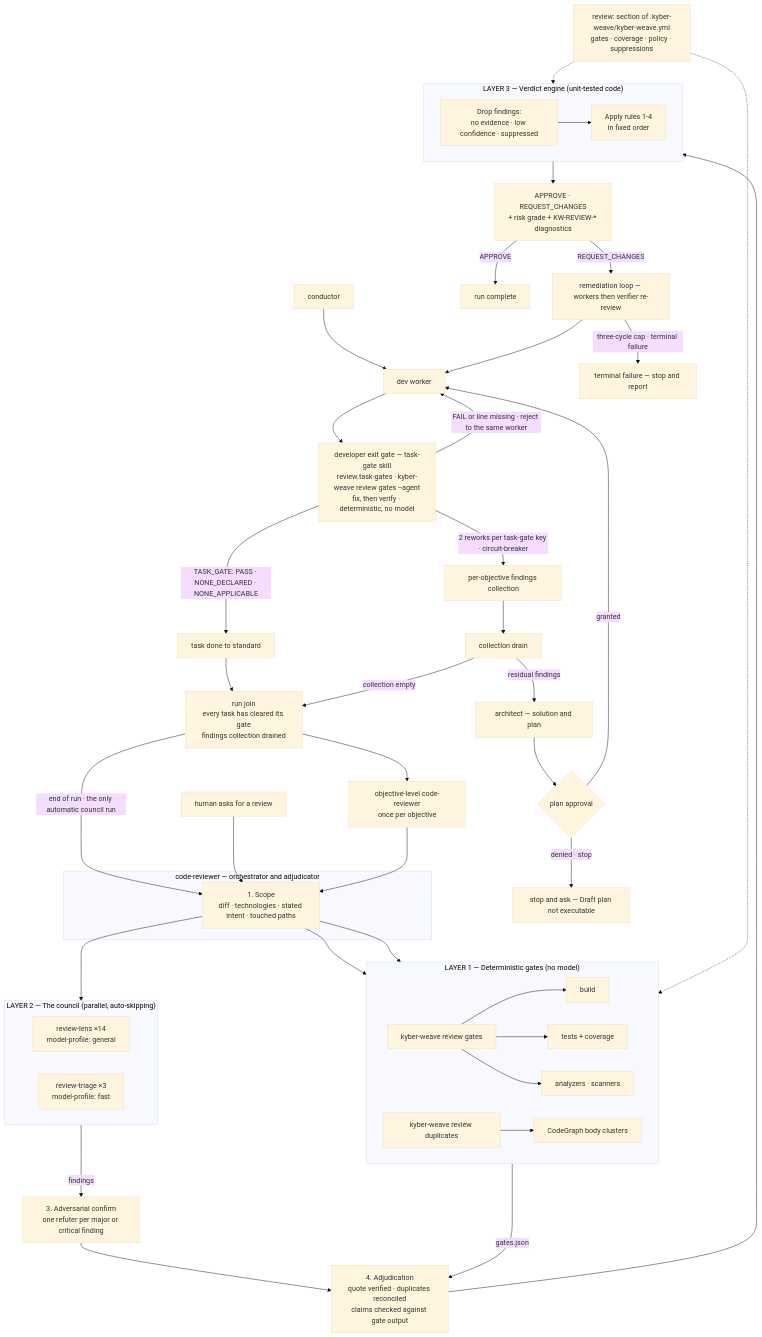
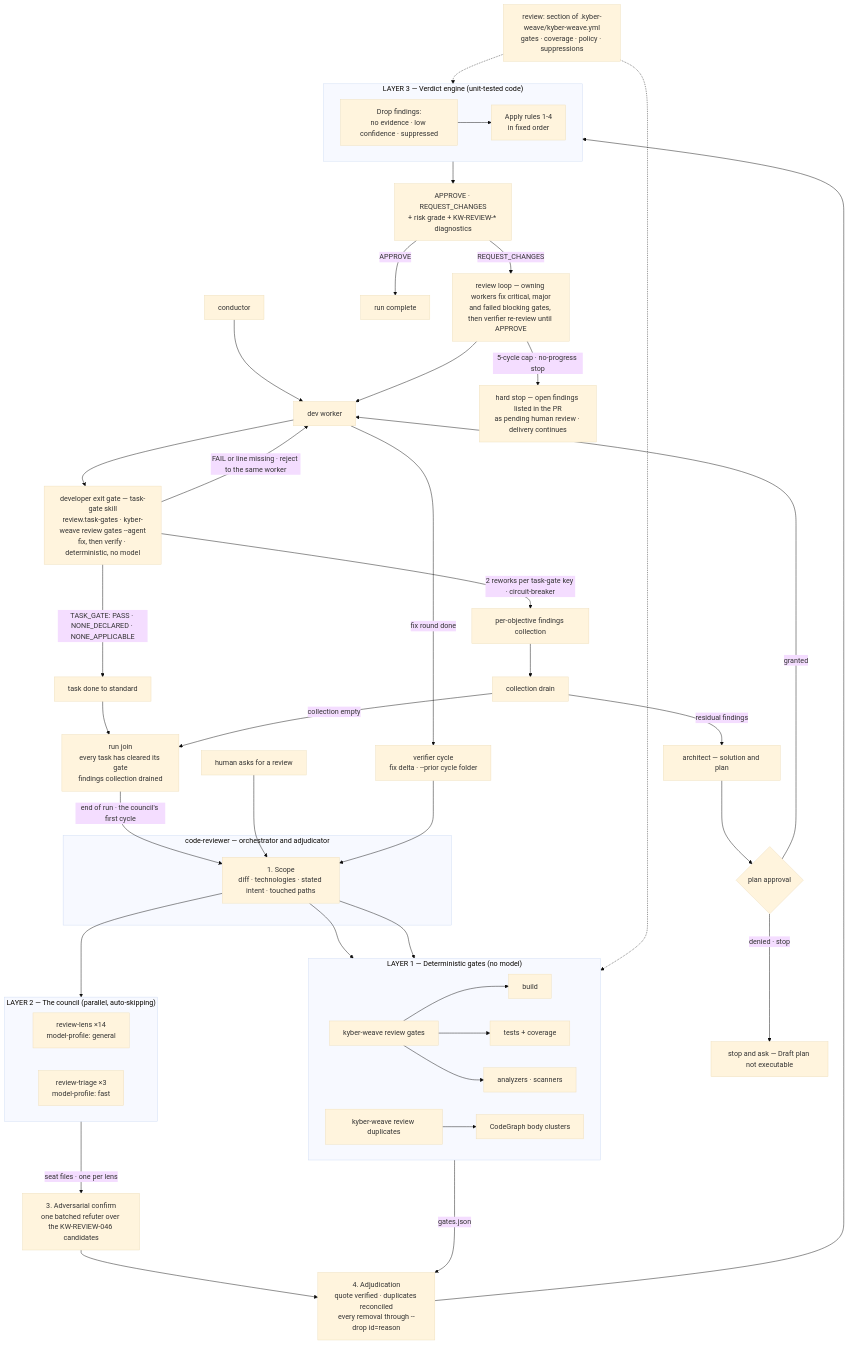
One commit to dpalfery/kyber-weave changed the first of 6 diagrams in docs/code-review/architecture.md. Above: the diagram before and after it, drawn with Mermaid (base theme). The commit also changed other lines of this file and 4 other files, not shown here.

First line of the commit message:
docs(review): document the council review loop and seat-based verdict

````diff
--- a/docs/code-review/architecture.md
+++ b/docs/code-review/architecture.md
@@ -56,62 +57,62 @@
 ```mermaid
 flowchart TD
     Cfg["review: section of .kyber-weave/kyber-weave.yml<br/>gates · coverage · policy · suppressions"]
     Gate["developer exit gate — task-gate skill<br/>review.task-gates · kyber-weave review gates --agent<br/>fix, then verify · deterministic, no model"]
     Caller["conductor"] --> Worker["dev worker"]
     Worker --> Gate
     Gate -->|"TASK_GATE: PASS · NONE_DECLARED · NONE_APPLICABLE"| TaskDone["task done to standard"]
     Gate -->|"FAIL or line missing · reject to the same worker"| Worker
     Gate -->|"2 reworks per task-gate key · circuit-breaker"| Findings["per-objective findings collection"]
     TaskDone --> Join["run join<br/>every task has cleared its gate<br/>findings collection drained"]
     Findings --> Drain["collection drain"]
     Drain -->|"residual findings"| Architect["architect — solution and plan"]
     Architect --> Approval{"plan approval"}
     Approval -->|"granted"| Worker
     Approval -->|"denied · stop"| PlanDenied["stop and ask — Draft plan not executable"]
     Drain -->|"collection empty"| Join
-    Join -->|"end of run · the only automatic council run"| Scope
+    Join -->|"end of run · the council's first cycle"| Scope
     HumanAsk["human asks for a review"] --> Scope
 
     subgraph CR["code-reviewer — orchestrator and adjudicator"]
         Scope["1. Scope<br/>diff · technologies · stated intent · touched paths"]
     end
 
     Scope --> GR
     Scope --> DG
     Scope --> Council
 
     subgraph Gates["LAYER 1 — Deterministic gates (no model)"]
         direction LR
         GR["kyber-weave review gates"] --> G1["build"] & G2["tests + coverage"] & G3["analyzers · scanners"]
         DG["kyber-weave review duplicates"] --> G4["CodeGraph body clusters"]
     end
 
     subgraph Council["LAYER 2 — The council (parallel, auto-skipping)"]
         direction LR
         RL["review-lens ×14<br/>model-profile: general"]
         RT["review-triage ×3<br/>model-profile: fast"]
     end
 
-    Council -->|"findings"| Confirm["3. Adversarial confirm<br/>one refuter per major or critical finding"]
+    Council -->|"seat files · one per lens"| Confirm["3. Adversarial confirm<br/>one batched refuter over the KW-REVIEW-046 candidates"]
     Confirm --> Adjudicate
     Gates -->|"gates.json"| Adjudicate
 
-    Adjudicate["4. Adjudication<br/>quote verified · duplicates reconciled<br/>claims checked against gate output"] --> VE
+    Adjudicate["4. Adjudication<br/>quote verified · duplicates reconciled<br/>every removal through --drop id=reason"] --> VE
 
     subgraph VE["LAYER 3 — Verdict engine (unit-tested code)"]
         direction LR
         Drop["Drop findings:<br/>no evidence · low confidence · suppressed"] --> Rules["Apply rules 1-4<br/>in fixed order"]
     end
 
     VE --> Out["APPROVE · REQUEST_CHANGES<br/>+ risk grade + KW-REVIEW-* diagnostics"]
 
     Out -->|"APPROVE"| RunComplete["run complete"]
-    Out -->|"REQUEST_CHANGES"| ObjRemed["remediation loop — workers then verifier re-review"]
+    Out -->|"REQUEST_CHANGES"| ObjRemed["review loop — owning workers fix critical, major<br/>and failed blocking gates, then verifier re-review until APPROVE"]
     ObjRemed --> Worker
-    ObjRemed -->|"three-cycle cap · terminal failure"| ObjFailed["terminal failure — stop and report"]
-    Join --> ObjReview["objective-level code-reviewer<br/>once per objective"]
+    ObjRemed -->|"5-cycle cap · no-progress stop"| ObjFailed["hard stop — open findings listed in the PR<br/>as pending human review · delivery continues"]
+    Worker -->|"fix round done"| ObjReview["verifier cycle<br/>fix delta · --prior cycle folder"]
     ObjReview --> Scope
 
     Cfg -.-> Gates
     Cfg -.-> VE
 ```
````
